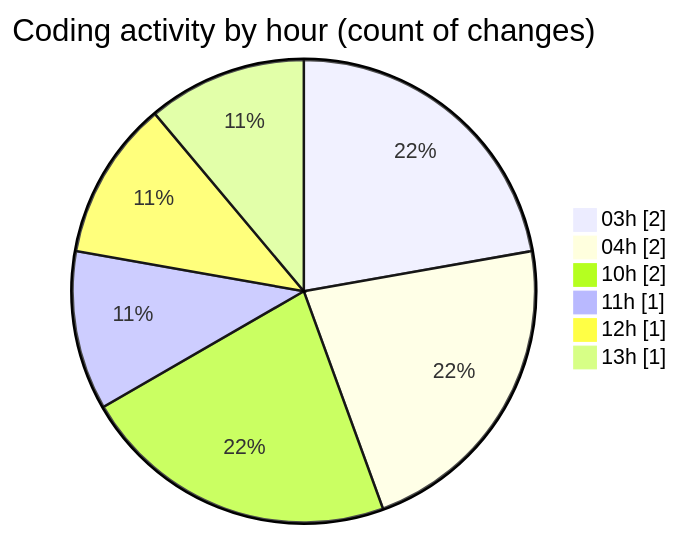
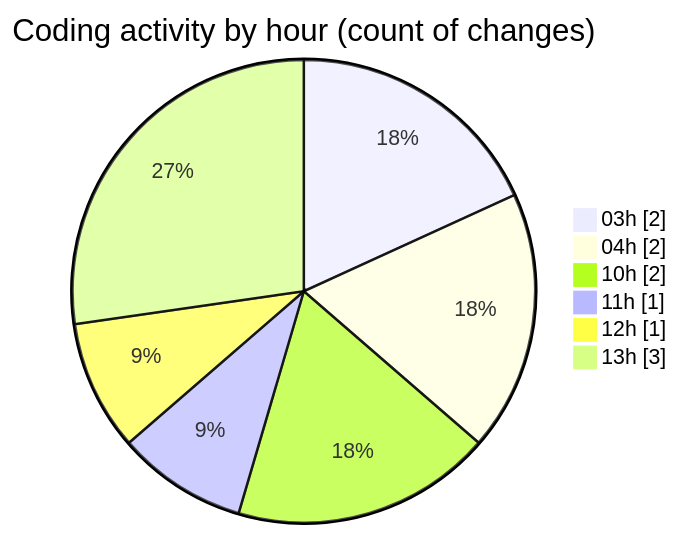
Before and after one commit to julien-gomy/code-tracking: the second of 2 diagrams in 2025-11-27/cdp_aleoudev_fr__workspace_/README.md, drawn with Mermaid. The commit also changed other lines of this file and 1 other file, not shown here.

````diff
--- a/2025-11-27/cdp_aleoudev_fr__workspace_/README.md
+++ b/2025-11-27/cdp_aleoudev_fr__workspace_/README.md
@@ -32,10 +33,10 @@
 ```mermaid
 pie showData
 title Coding activity by hour (count of changes)
 "03h" : 2
 "04h" : 2
 "10h" : 2
 "11h" : 1
 "12h" : 1
-"13h" : 1
+"13h" : 3
 ```
````
